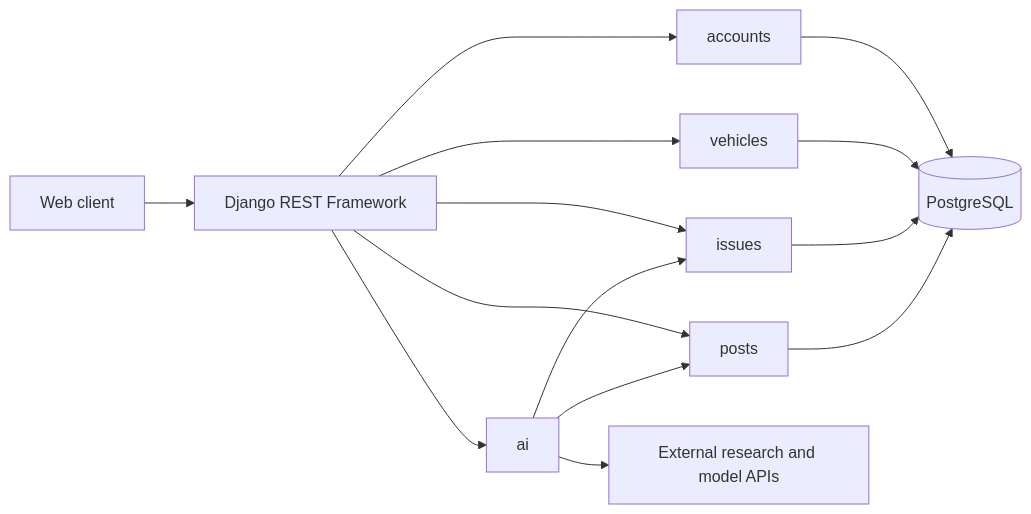
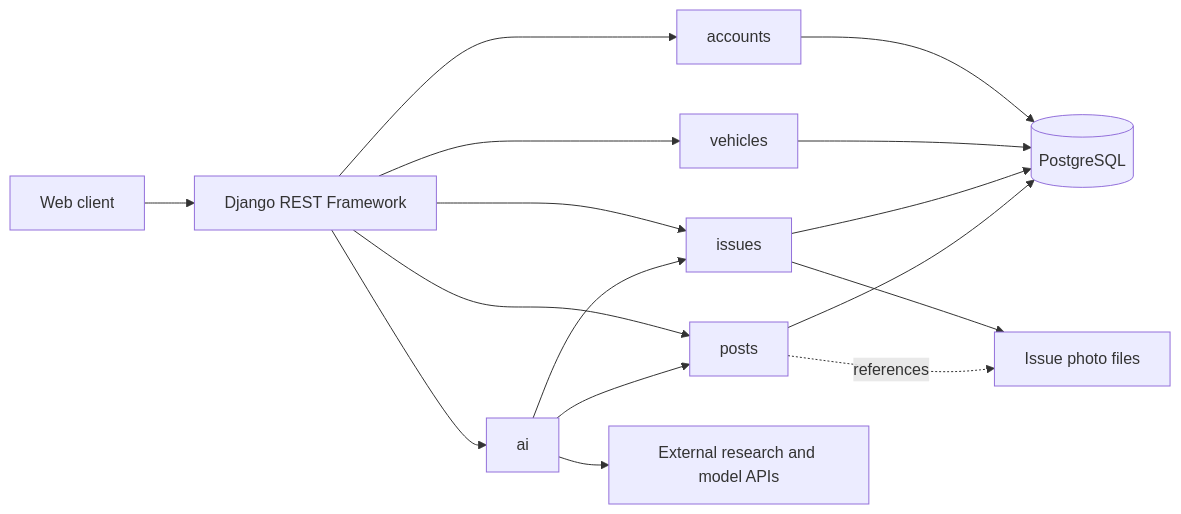
One commit to madmax-10/junction changed the first of 2 diagrams in system_architecture_design.md. Above: the diagram before and after it, drawn with Mermaid. The commit also changed other lines of this file, not shown here.

````diff
--- a/system_architecture_design.md
+++ b/system_architecture_design.md
@@ -39,16 +39,18 @@
 ```mermaid
 flowchart LR
     Client[Web client] --> API[Django REST Framework]
     API --> Accounts[accounts]
     API --> Vehicles[vehicles]
     API --> Issues[issues]
     API --> Posts[posts]
     API --> AI[ai]
     Accounts --> DB[(PostgreSQL)]
     Vehicles --> DB
     Issues --> DB
     Posts --> DB
+    Issues --> Media[Issue photo files]
+    Posts -. references .-> Media
     AI --> Issues
     AI --> Posts
     AI --> Research[External research and model APIs]
 ```
````
